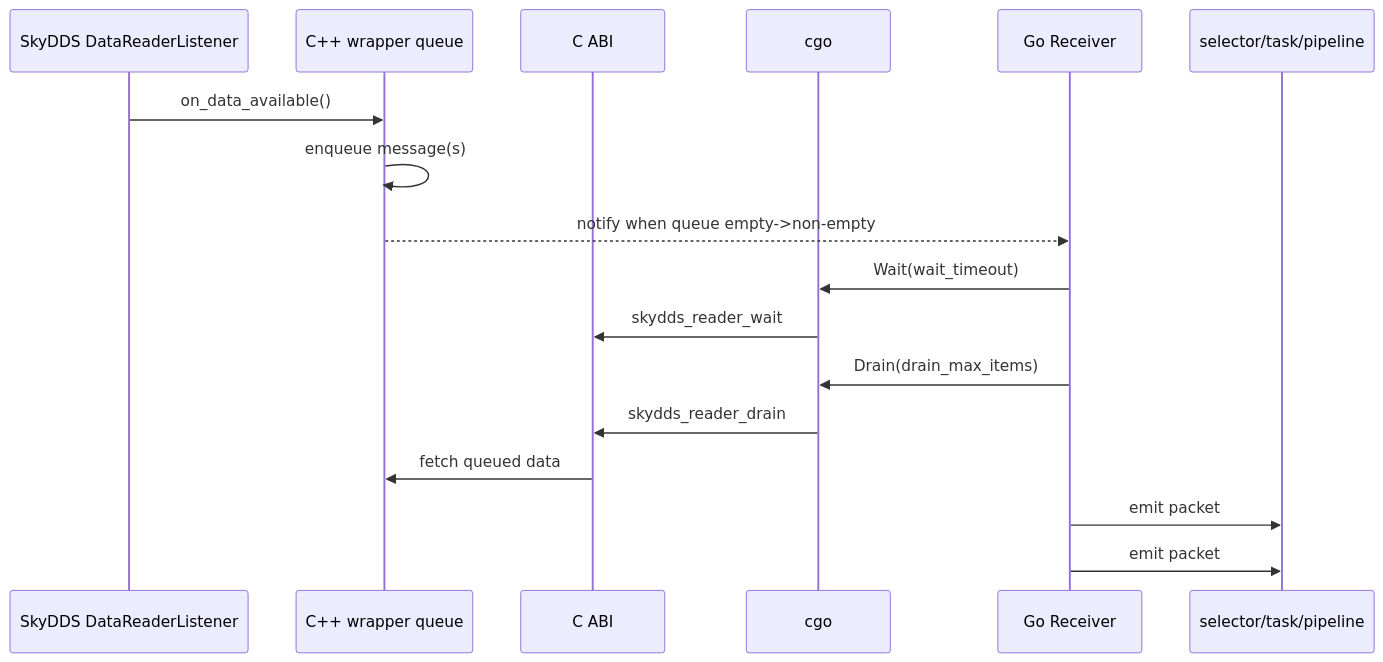
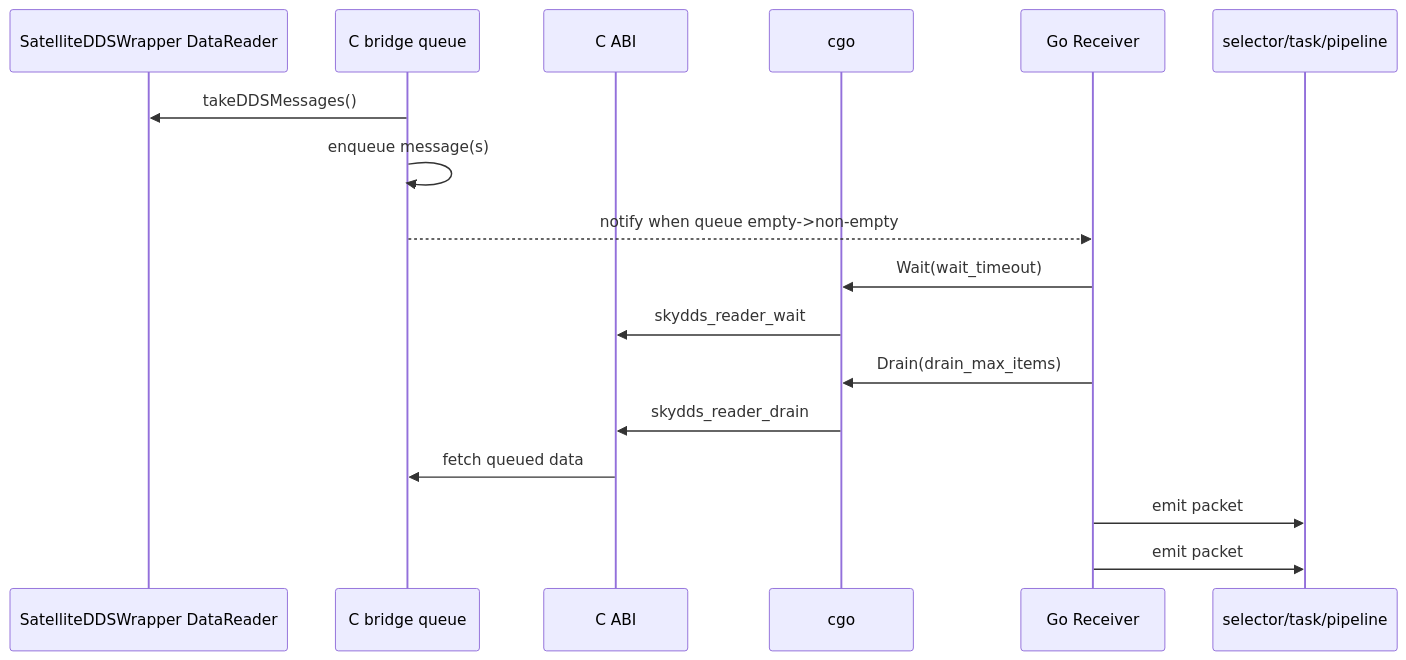
One commit to oublie6/forward-stub changed the second of 2 diagrams in docs/skydds.md. Above: the diagram before and after it, drawn with Mermaid. The commit also changed other lines of this file and 16 other files, not shown here.

Commit message:
refactor skydds to official C wrapper bridge

````diff
--- a/docs/skydds.md
+++ b/docs/skydds.md
@@ -65,20 +65,20 @@
 ```mermaid
 sequenceDiagram
-    participant DDS as SkyDDS DataReaderListener
-    participant CPP as C++ wrapper queue
+    participant DDS as SatelliteDDSWrapper DataReader
+    participant BR as C bridge queue
     participant C as C ABI
     participant CG as cgo
     participant G as Go Receiver
     participant RT as selector/task/pipeline
 
-    DDS->>CPP: on_data_available()
-    CPP->>CPP: enqueue message(s)
-    CPP-->>G: notify when queue empty->non-empty
+    BR->>DDS: takeDDSMessages()
+    BR->>BR: enqueue message(s)
+    BR-->>G: notify when queue empty->non-empty
     G->>CG: Wait(wait_timeout)
     CG->>C: skydds_reader_wait
     G->>CG: Drain(drain_max_items)
     CG->>C: skydds_reader_drain
-    C->>CPP: fetch queued data
+    C->>BR: fetch queued data
     G->>RT: emit packet #1
     G->>RT: emit packet #2 ...
 ```
````
